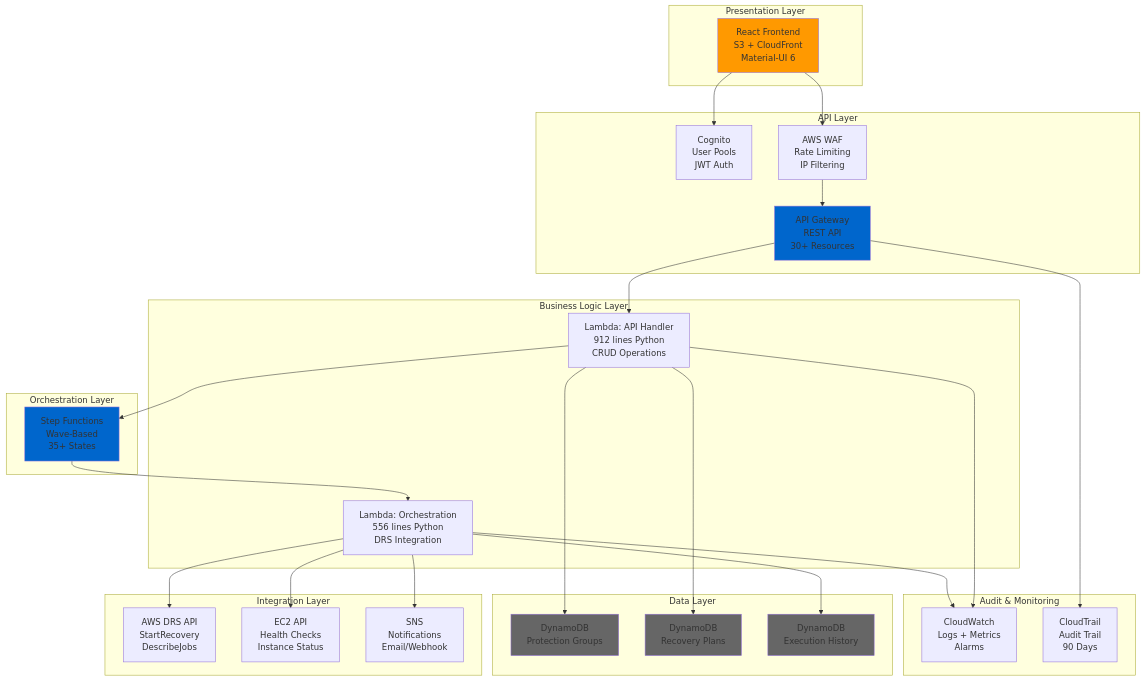
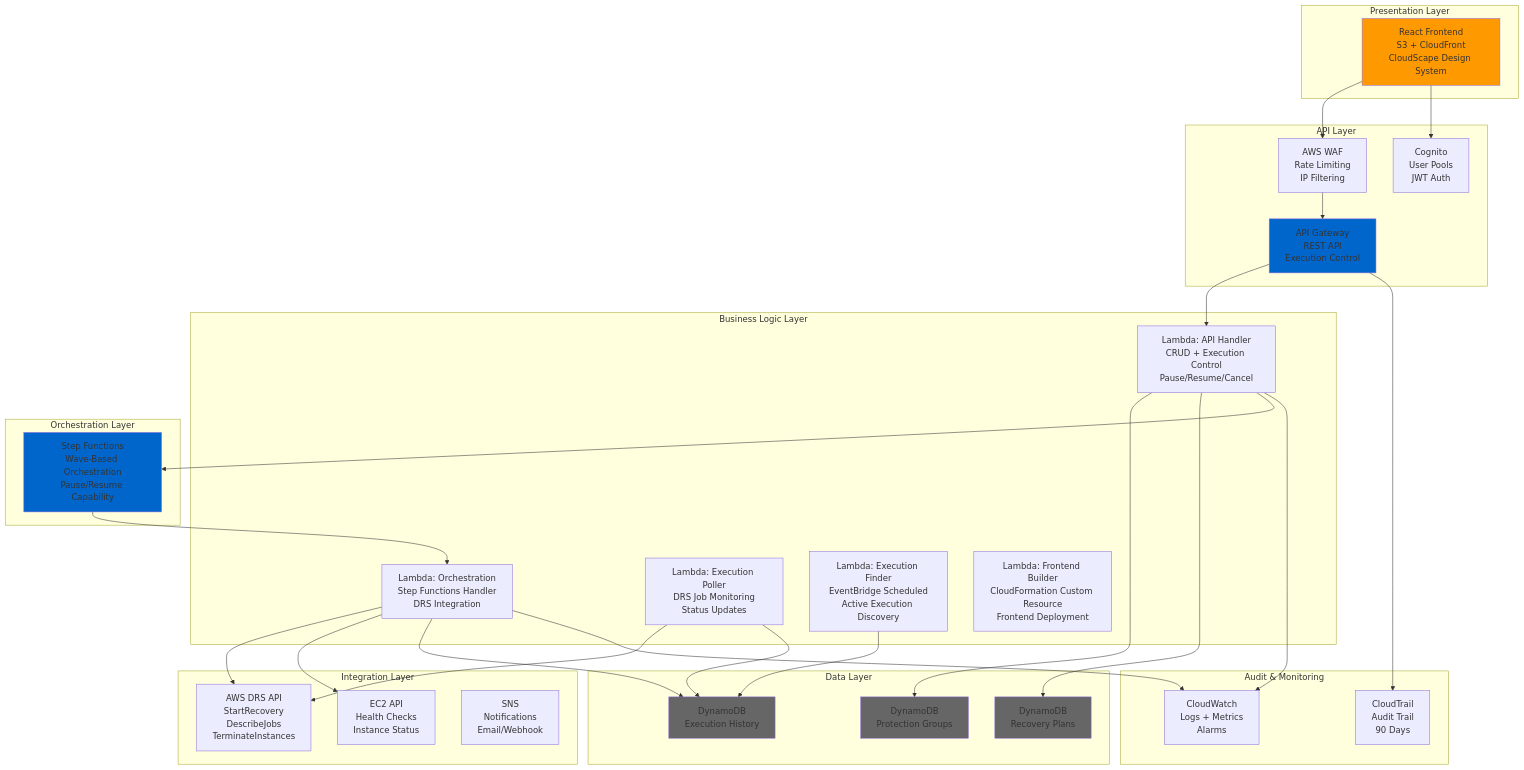
The first of 8 diagrams in docs/architecture/ARCHITECTURAL_DESIGN_DOCUMENT.md (johnjcousens/aws-elasticdrs-orchestrator), drawn with Mermaid before and after one commit. The commit also changed other lines of this file and 16 other files, not shown here.

````diff
--- a/docs/architecture/ARCHITECTURAL_DESIGN_DOCUMENT.md
+++ b/docs/architecture/ARCHITECTURAL_DESIGN_DOCUMENT.md
@@ -80,61 +86,66 @@
 ```mermaid
 graph TB
     subgraph "Presentation Layer"
-        UI[React Frontend<br/>S3 + CloudFront<br/>Material-UI 6]
+        UI[React Frontend<br/>S3 + CloudFront<br/>CloudScape Design System]
     end
     
     subgraph "API Layer"
         AUTH[Cognito<br/>User Pools<br/>JWT Auth]
-        APIGW[API Gateway<br/>REST API<br/>30+ Resources]
+        APIGW[API Gateway<br/>REST API<br/>Execution Control]
         WAF[AWS WAF<br/>Rate Limiting<br/>IP Filtering]
     end
     
     subgraph "Business Logic Layer"
-        API_LAMBDA[Lambda: API Handler<br/>912 lines Python<br/>CRUD Operations]
-        ORCH_LAMBDA[Lambda: Orchestration<br/>556 lines Python<br/>DRS Integration]
+        API_LAMBDA[Lambda: API Handler<br/>CRUD + Execution Control<br/>Pause/Resume/Cancel]
+        ORCH_LAMBDA[Lambda: Orchestration<br/>Step Functions Handler<br/>DRS Integration]
+        POLLER_LAMBDA[Lambda: Execution Poller<br/>DRS Job Monitoring<br/>Status Updates]
+        FINDER_LAMBDA[Lambda: Execution Finder<br/>EventBridge Scheduled<br/>Active Execution Discovery]
+        BUILDER_LAMBDA[Lambda: Frontend Builder<br/>CloudFormation Custom Resource<br/>Frontend Deployment]
     end
     
     subgraph "Orchestration Layer"
-        STEPFN[Step Functions<br/>Wave-Based<br/>35+ States]
+        STEPFN[Step Functions<br/>Wave-Based Orchestration<br/>Pause/Resume Capability]
     end
     
     subgraph "Data Layer"
         DDB_PG[DynamoDB<br/>Protection Groups]
         DDB_RP[DynamoDB<br/>Recovery Plans]
         DDB_EH[DynamoDB<br/>Execution History]
     end
     
     subgraph "Integration Layer"
-        DRS[AWS DRS API<br/>StartRecovery<br/>DescribeJobs]
+        DRS[AWS DRS API<br/>StartRecovery<br/>DescribeJobs<br/>TerminateInstances]
         EC2[EC2 API<br/>Health Checks<br/>Instance Status]
         SNS[SNS<br/>Notifications<br/>Email/Webhook]
     end
     
     subgraph "Audit & Monitoring"
         CW[CloudWatch<br/>Logs + Metrics<br/>Alarms]
         CT[CloudTrail<br/>Audit Trail<br/>90 Days]
     end
     
     UI --> WAF
     WAF --> APIGW
     UI --> AUTH
     APIGW --> API_LAMBDA
     API_LAMBDA --> DDB_PG
     API_LAMBDA --> DDB_RP
     API_LAMBDA --> STEPFN
     STEPFN --> ORCH_LAMBDA
     ORCH_LAMBDA --> DRS
     ORCH_LAMBDA --> EC2
     ORCH_LAMBDA --> DDB_EH
-    ORCH_LAMBDA --> SNS
+    FINDER_LAMBDA --> DDB_EH
+    POLLER_LAMBDA --> DRS
+    POLLER_LAMBDA --> DDB_EH
     API_LAMBDA --> CW
     ORCH_LAMBDA --> CW
     APIGW --> CT
     
     style UI fill:#FF9900
     style APIGW fill:#0066CC
     style STEPFN fill:#0066CC
     style DDB_PG fill:#666666
     style DDB_RP fill:#666666
     style DDB_EH fill:#666666
 ```
````
